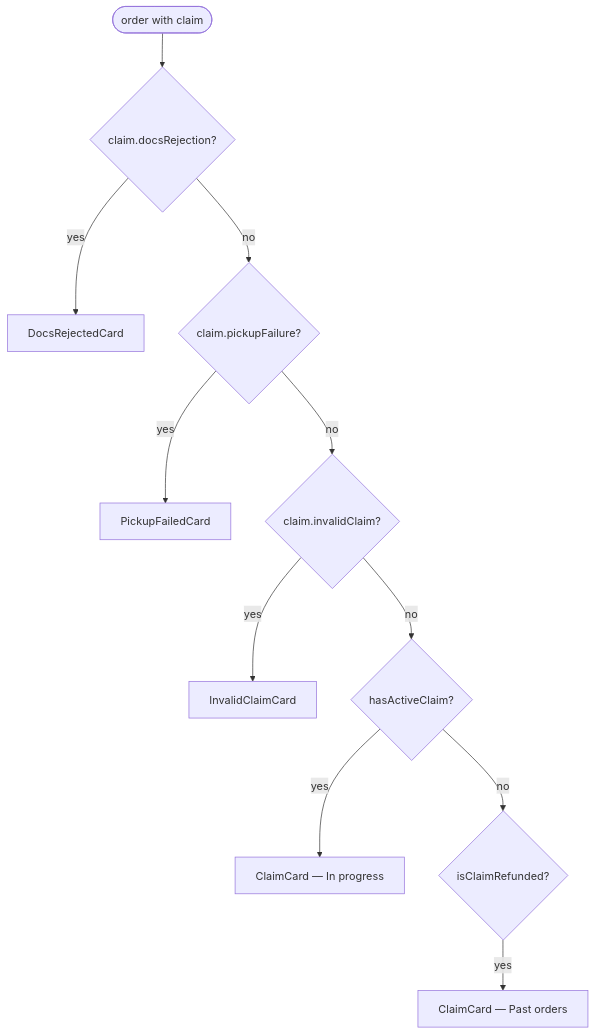
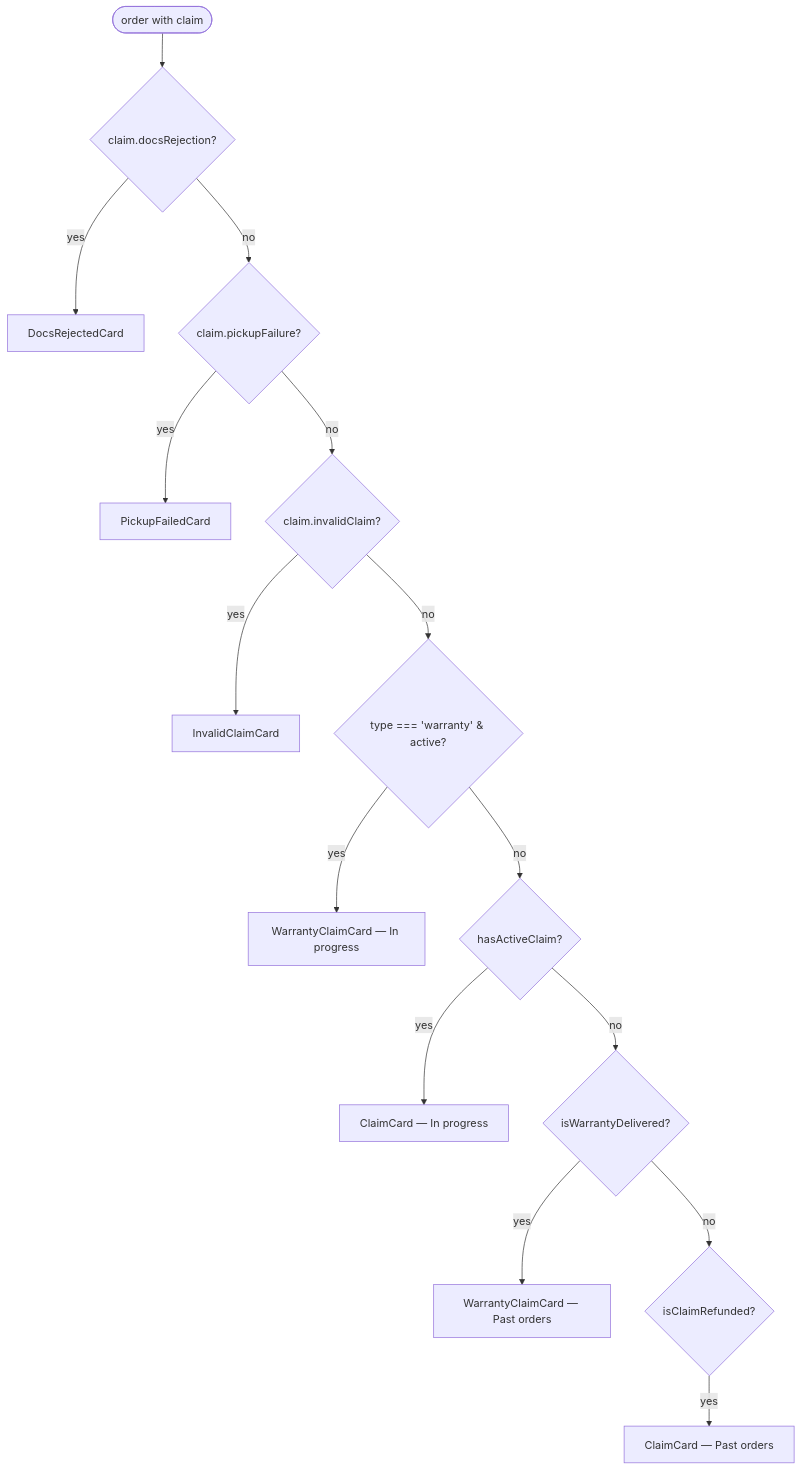
Before and after one commit to andrea-revibe/my-account-redesign-v2: the second of 5 diagrams in docs/output/returns/claim_tracking.md, drawn with Mermaid. The commit also changed other lines of this file and 20 other files, not shown here.

Commit message:
added warranties raise a claim flow and cards

````diff
--- a/docs/output/returns/claim_tracking.md
+++ b/docs/output/returns/claim_tracking.md
@@ -25,13 +25,17 @@
 ```mermaid
 flowchart TD
   start([order with claim]) --> q1{claim.docsRejection?}
   q1 -->|yes| docs[DocsRejectedCard]
   q1 -->|no| q2{claim.pickupFailure?}
   q2 -->|yes| pickup[PickupFailedCard]
   q2 -->|no| q3{claim.invalidClaim?}
   q3 -->|yes| invalid[InvalidClaimCard]
-  q3 -->|no| q4{hasActiveClaim?}
-  q4 -->|yes| baseline[ClaimCard — In progress]
-  q4 -->|no| q5{isClaimRefunded?}
-  q5 -->|yes| past[ClaimCard — Past orders]
+  q3 -->|no| q4{type === 'warranty' &amp; active?}
+  q4 -->|yes| warranty[WarrantyClaimCard — In progress]
+  q4 -->|no| q5{hasActiveClaim?}
+  q5 -->|yes| baseline[ClaimCard — In progress]
+  q5 -->|no| q6{isWarrantyDelivered?}
+  q6 -->|yes| warrantyPast[WarrantyClaimCard — Past orders]
+  q6 -->|no| q7{isClaimRefunded?}
+  q7 -->|yes| past[ClaimCard — Past orders]
 ```
````
